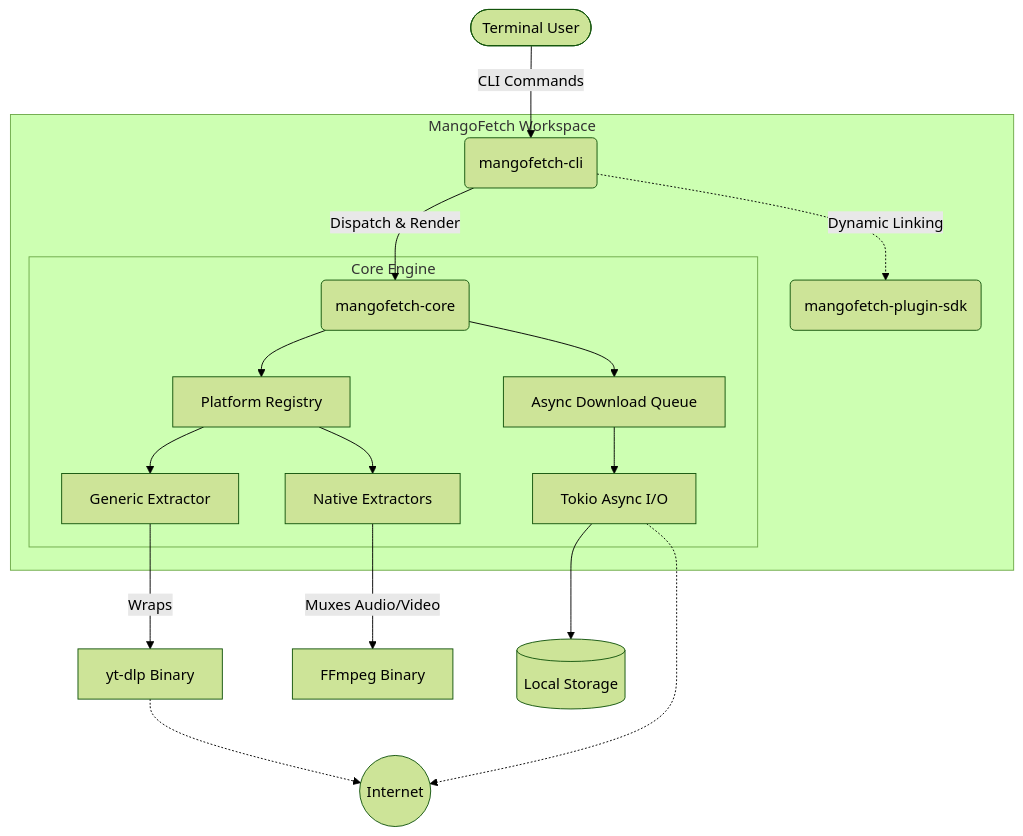
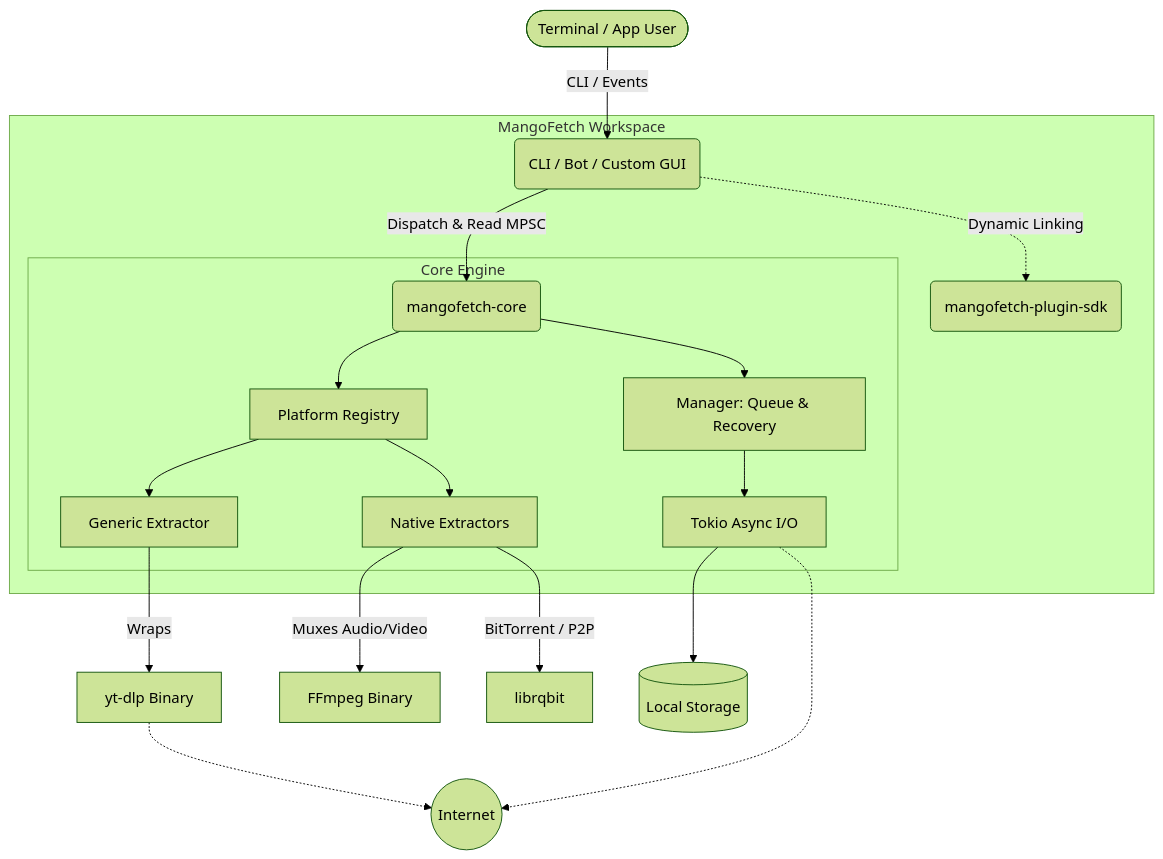
Before and after one commit to julesklord/mangofetch: the first of 2 diagrams in README.md, drawn with Mermaid (forest theme). The commit also changed other lines of this file and 2 other files, not shown here.

````diff
--- a/README.md
+++ b/README.md
@@ -100,24 +116,25 @@
 ```mermaid
 graph TD
-    User([Terminal User]) -->|CLI Commands| CLI(mangofetch-cli)
+    User([Terminal / App User]) -->|CLI / Events| Frontend(CLI / Bot / Custom GUI)
 
     subgraph MangoFetch Workspace
-        CLI -->|Dispatch & Render| Core(mangofetch-core)
+        Frontend -->|Dispatch & Read MPSC| Core(mangofetch-core)
 
         subgraph Core Engine
-            Core --> Queue[Async Download Queue]
+            Core --> Manager[Manager: Queue & Recovery]
             Core --> Registry[Platform Registry]
-            Queue --> IO[Tokio Async I/O]
+            Manager --> IO[Tokio Async I/O]
             Registry --> Ext_Native[Native Extractors]
             Registry --> Ext_Generic[Generic Extractor]
         end
 
-        CLI -.->|Dynamic Linking| SDK(mangofetch-plugin-sdk)
+        Frontend -.->|Dynamic Linking| SDK(mangofetch-plugin-sdk)
     end
 
     Ext_Generic -->|Wraps| YTDLP[yt-dlp Binary]
     Ext_Native -->|Muxes Audio/Video| FFmpeg[FFmpeg Binary]
+    Ext_Native -->|BitTorrent / P2P| RQBit[librqbit]
     YTDLP -.-> Network((Internet))
     IO -.-> Network
     IO --> Disk[(Local Storage)]
 ```
````
